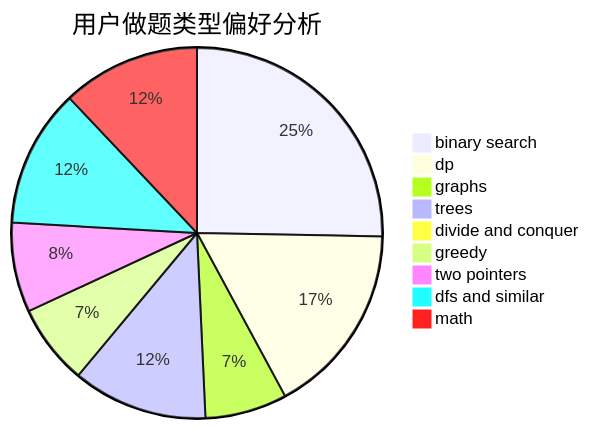
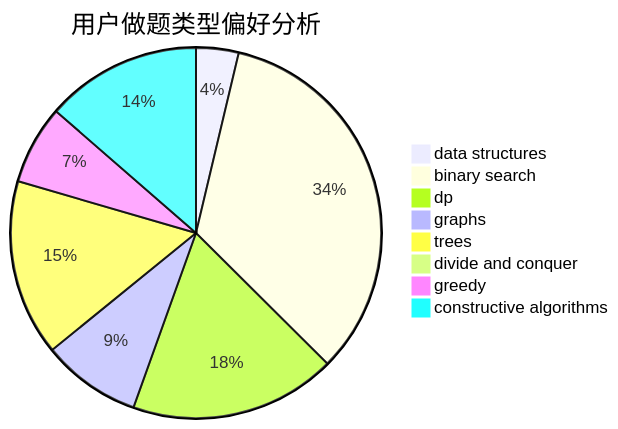
The second of 3 diagrams in docs/user/u1788.md (sherpahu/cfrs.github.io), drawn with Mermaid before and after one commit. The commit also changed other lines of this file and 2775 other files, not shown here.

````diff
--- a/docs/user/u1788.md
+++ b/docs/user/u1788.md
@@ -23,12 +23,11 @@
 ```mermaid
 pie title 用户做题类型偏好分析
+    "data structures" :  21
     "binary search" :  191
-    "dp" :  127
-    "graphs" :  54
-    "trees" :  89
+    "dp" :  102
+    "graphs" :  49
+    "trees" :  87
     "divide and conquer" :  0
-    "greedy" :  53
-    "two pointers" :  59
-    "dfs and similar" :  91
-    "math" :  91
+    "greedy" :  39
+    "constructive algorithms" :  77
 ```
````
